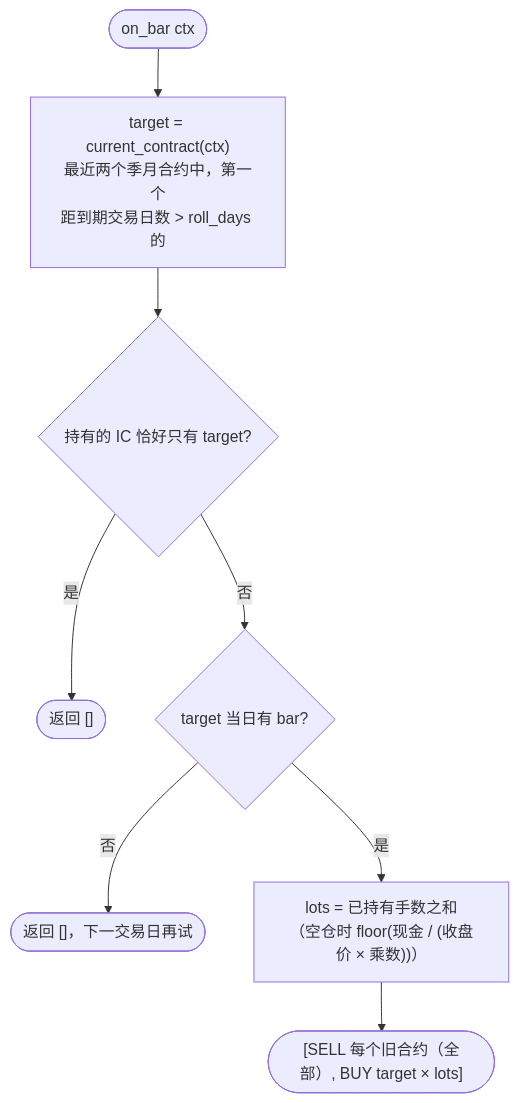
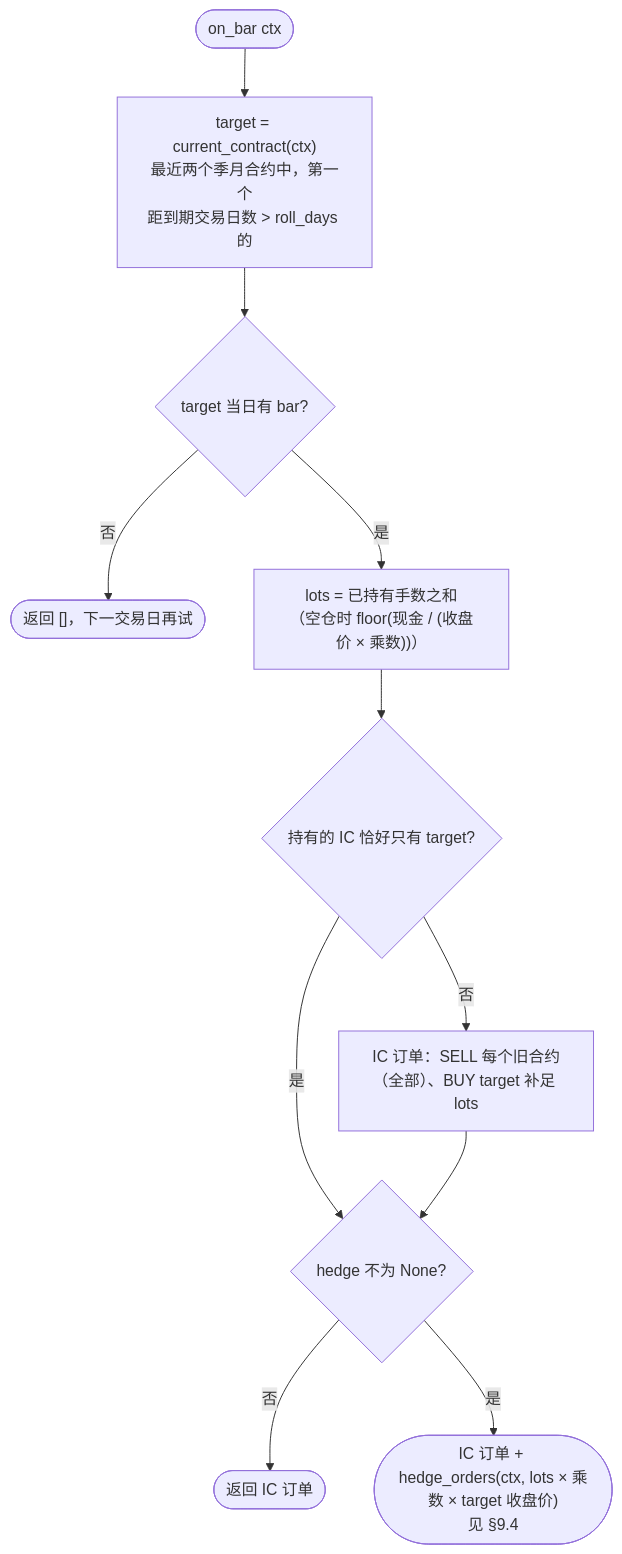
One commit to guevara12345/quant changed diagram 22 of 27 in docs/code-walkthrough.md. Above: the diagram before and after it, drawn with Mermaid. The commit also changed other lines of this file and 16 other files, not shown here.

````diff
--- a/docs/code-walkthrough.md
+++ b/docs/code-walkthrough.md
@@ -955,10 +974,13 @@
 ```mermaid
 flowchart TD
     In([on_bar ctx]) --> T["target = current_contract(ctx)<br/>最近两个季月合约中，第一个<br/>距到期交易日数 > roll_days 的"]
-    T --> Same{"持有的 IC 恰好只有 target?"}
-    Same -- 是 --> E0(["返回 []"])
-    Same -- 否 --> Bar{"target 当日有 bar?"}
+    T --> Bar{"target 当日有 bar?"}
     Bar -- 否 --> E1(["返回 []，下一交易日再试"])
     Bar -- 是 --> Lots["lots = 已持有手数之和<br/>（空仓时 floor(现金 / (收盘价 × 乘数))）"]
-    Lots --> Out(["[SELL 每个旧合约（全部）, BUY target × lots]"])
+    Lots --> Same{"持有的 IC 恰好只有 target?"}
+    Same -- 否 --> Roll["IC 订单：SELL 每个旧合约（全部）、BUY target 补足 lots"]
+    Same -- 是 --> H
+    Roll --> H{"hedge 不为 None?"}
+    H -- 否 --> Out(["返回 IC 订单"])
+    H -- 是 --> HO(["IC 订单 + hedge_orders(ctx, lots × 乘数 × target 收盘价)<br/>见 §9.4"])
 ```
````
